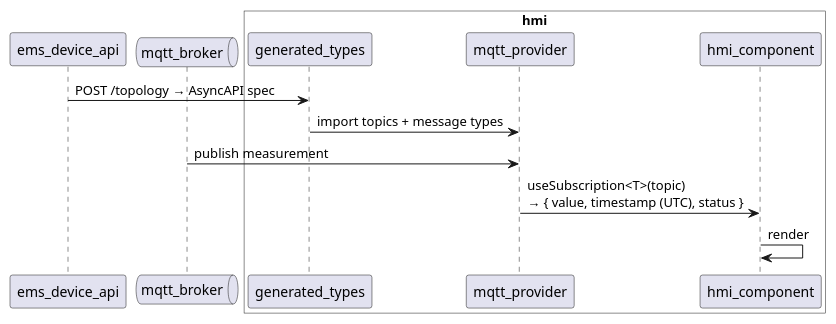
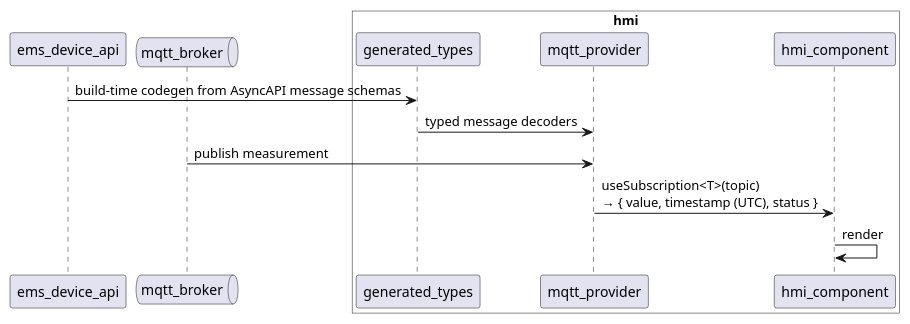
The second of 5 diagrams in readme.md (arcnode-io/ems-hmi), drawn with PlantUML before and after one commit. The commit also changed other lines of this file and 201 other files, not shown here.

````diff
--- a/readme.md
+++ b/readme.md
@@ -41,17 +43,17 @@
 ```plantuml
 participant ems_device_api
 queue mqtt_broker
 
 box "hmi" #white
   participant generated_types
   participant mqtt_provider
   participant hmi_component
 end box
 
-ems_device_api -> generated_types: POST /topology → AsyncAPI spec
-generated_types -> mqtt_provider: import topics + message types
+ems_device_api -> generated_types: build-time codegen from AsyncAPI message schemas
+generated_types -> mqtt_provider: typed message decoders
 
 mqtt_broker -> mqtt_provider: publish measurement
 mqtt_provider -> hmi_component: useSubscription<T>(topic)\n→ { value, timestamp (UTC), status }
 hmi_component -> hmi_component: render
 ```
````
